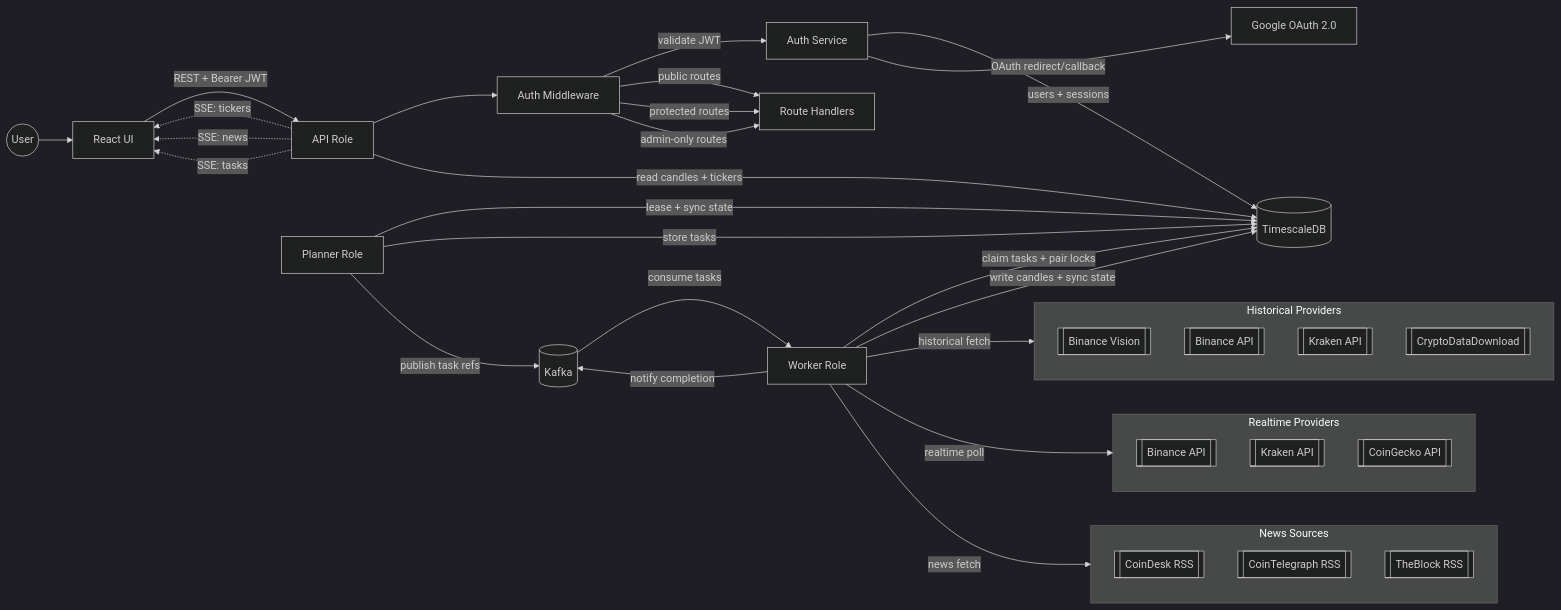
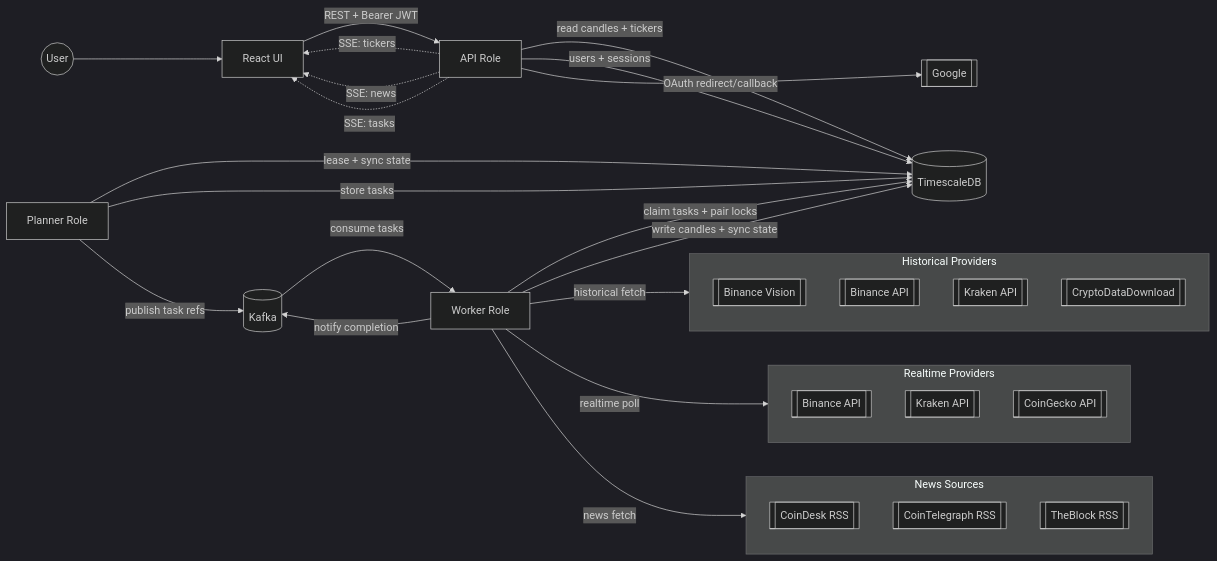
One commit to block-o/exchangely changed the diagram in README.md. Above: the diagram before and after it, drawn with Mermaid (dark theme). The commit also changed other lines of this file and 31 other files, not shown here.

First line of the commit message:
Add BACKEND_AUTH_MODE, unified /config endpoint, and shared API_BASE_URL (#40)

````diff
--- a/README.md
+++ b/README.md
@@ -31,59 +31,53 @@
 ```mermaid
 flowchart LR
     User((User))
     User --> UI[React UI]
     UI -->|REST + Bearer JWT| API
 
     API[API Role]
-    API --> AuthMW[Auth Middleware]
-    AuthMW -->|validate JWT| AuthSvc[Auth Service]
-    AuthMW -->|public routes| Handlers[Route Handlers]
-    AuthMW -->|protected routes| Handlers
-    AuthMW -->|admin-only routes| Handlers
+    API -->|read candles + tickers| TS
+    API --> |users + sessions| TS
+    API -->|OAuth redirect/callback| Google[[Google]]
 
-    AuthSvc -->|users + sessions| TS
-    AuthSvc -->|OAuth redirect/callback| Google[Google OAuth 2.0]
-
-    API -->|read candles + tickers| TS
     API -.->|SSE: tickers| UI
     API -.->|SSE: news| UI
     API -.->|SSE: tasks| UI
 
     Planner[Planner Role]
     Planner -->|lease + sync state| TS
     Planner -->|store tasks| TS
     Planner -->|publish task refs| Kafka
 
     Kafka[(Kafka)]
     Kafka -->|consume tasks| Worker
 
     Worker[Worker Role]
     Worker -->|claim tasks + pair locks| TS
     Worker -->|write candles + sync state| TS
     Worker -->|notify completion| Kafka
 
     Worker -->|historical fetch| Historical
     Worker -->|realtime poll| RealtimeSrc
     Worker -->|news fetch| News
 
     subgraph Historical[Historical Providers]
         BinanceVision[[Binance Vision]]
         BinanceHist[[Binance API]]
         KrakenHist[[Kraken API]]
         CDD[[CryptoDataDownload]]
     end
 
     subgraph RealtimeSrc[Realtime Providers]
         BinanceRT[[Binance API]]
         KrakenRT[[Kraken API]]
         CoinGecko[[CoinGecko API]]
     end
 
     subgraph News[News Sources]
         CoinDesk[[CoinDesk RSS]]
         CoinTelegraph[[CoinTelegraph RSS]]
         TheBlock[[TheBlock RSS]]
     end
 
     TS[(TimescaleDB)]
 ```
````
